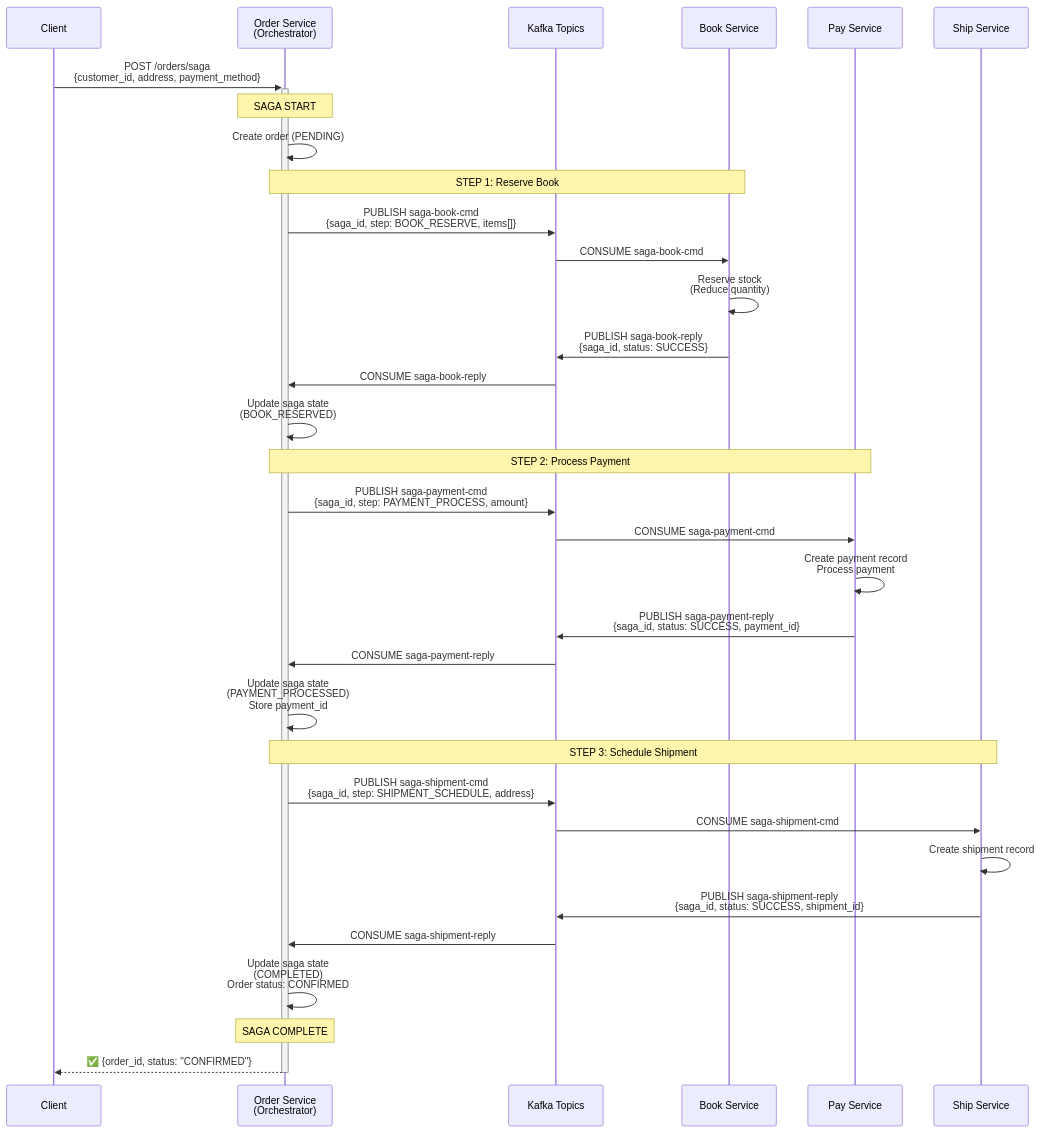
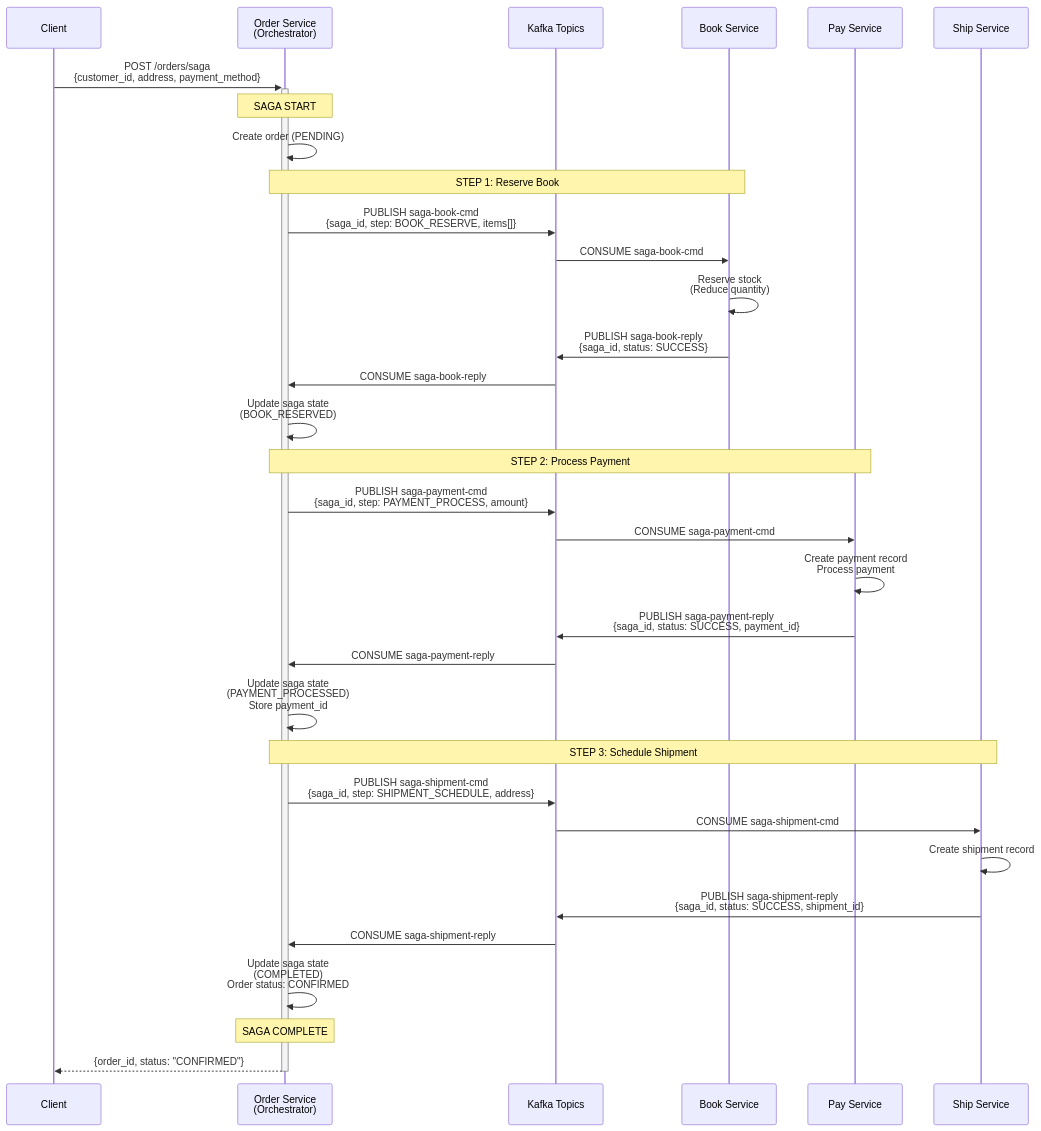
The sixth of 17 diagrams in docs/architecture-diagrams.md (ttvKieran/bookstore-microservices), drawn with Mermaid before and after one commit. The commit also changed other lines of this file, not shown here.

````diff
--- a/docs/architecture-diagrams.md
+++ b/docs/architecture-diagrams.md
@@ -220,41 +260,41 @@
 ```mermaid
 sequenceDiagram
     participant Client
     participant Order as Order Service<br/>(Orchestrator)
     participant Kafka as Kafka Topics
     participant Book as Book Service
     participant Pay as Pay Service
     participant Ship as Ship Service
     
     Client->>+Order: POST /orders/saga<br/>{customer_id, address, payment_method}
     
     Note over Order: SAGA START
     Order->>Order: Create order (PENDING)
     
     Note over Order,Book: STEP 1: Reserve Book
     Order->>Kafka: PUBLISH saga-book-cmd<br/>{saga_id, step: BOOK_RESERVE, items[]}
     Kafka->>Book: CONSUME saga-book-cmd
     Book->>Book: Reserve stock<br/>(Reduce quantity)
     Book->>Kafka: PUBLISH saga-book-reply<br/>{saga_id, status: SUCCESS}
     Kafka->>Order: CONSUME saga-book-reply
     Order->>Order: Update saga state<br/>(BOOK_RESERVED)
     
     Note over Order,Pay: STEP 2: Process Payment
     Order->>Kafka: PUBLISH saga-payment-cmd<br/>{saga_id, step: PAYMENT_PROCESS, amount}
     Kafka->>Pay: CONSUME saga-payment-cmd
     Pay->>Pay: Create payment record<br/>Process payment
     Pay->>Kafka: PUBLISH saga-payment-reply<br/>{saga_id, status: SUCCESS, payment_id}
     Kafka->>Order: CONSUME saga-payment-reply
     Order->>Order: Update saga state<br/>(PAYMENT_PROCESSED)<br/>Store payment_id
     
     Note over Order,Ship: STEP 3: Schedule Shipment
     Order->>Kafka: PUBLISH saga-shipment-cmd<br/>{saga_id, step: SHIPMENT_SCHEDULE, address}
     Kafka->>Ship: CONSUME saga-shipment-cmd
     Ship->>Ship: Create shipment record
     Ship->>Kafka: PUBLISH saga-shipment-reply<br/>{saga_id, status: SUCCESS, shipment_id}
     Kafka->>Order: CONSUME saga-shipment-reply
     Order->>Order: Update saga state<br/>(COMPLETED)<br/>Order status: CONFIRMED
     
     Note over Order: SAGA COMPLETE
-    Order-->>-Client: ✅ {order_id, status: "CONFIRMED"}
+    Order-->>-Client: {order_id, status: "CONFIRMED"}
 ```
````
